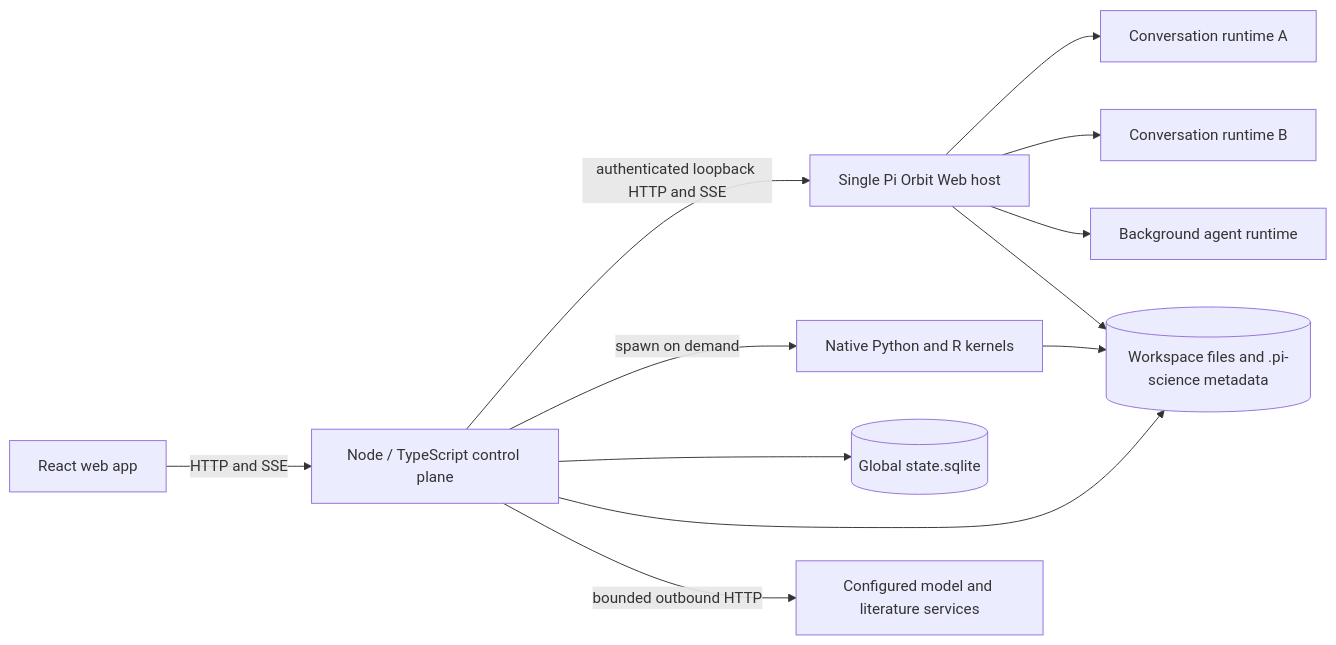
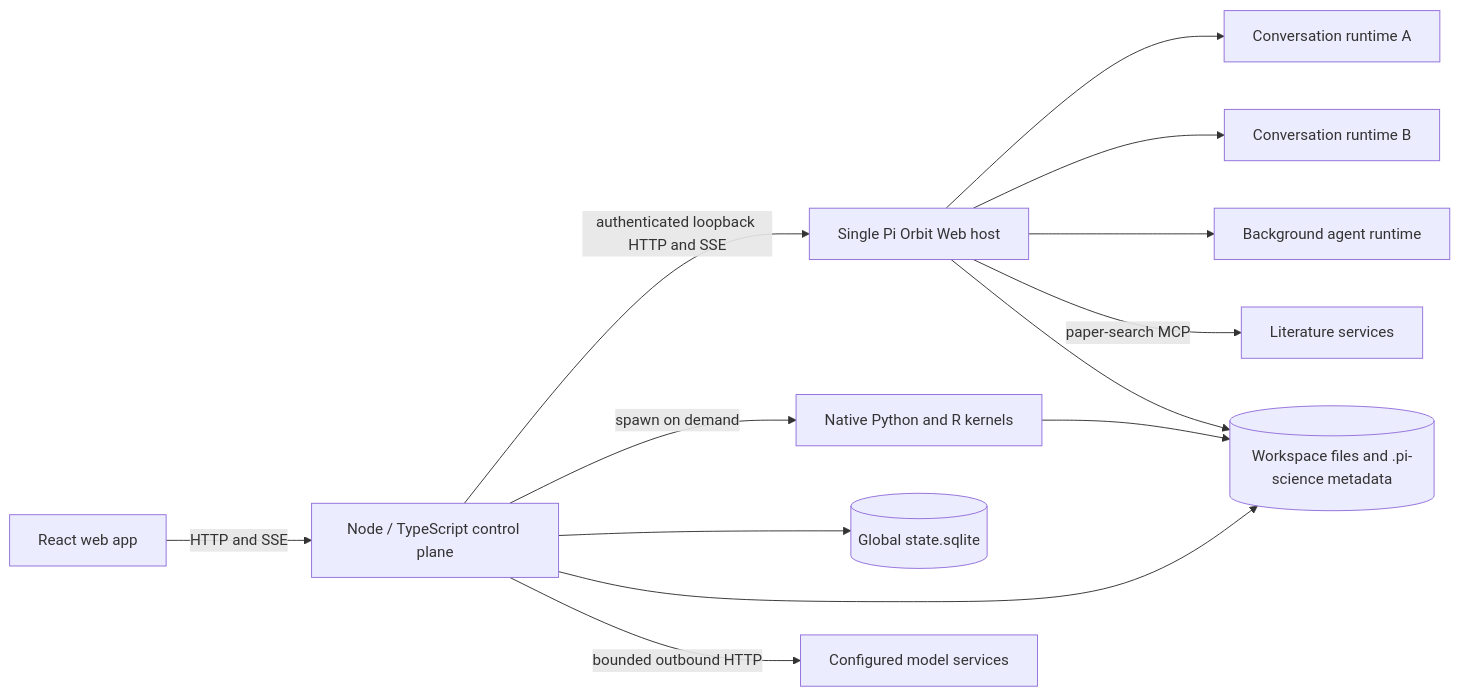
One commit to Garhorne0813/pi-science changed the first of 3 diagrams in docs/architecture.md. Above: the diagram before and after it, drawn with Mermaid. The commit also changed other lines of this file and 34 other files, not shown here.

Commit message:
refactor: use MCP for literature research

````diff
--- a/docs/architecture.md
+++ b/docs/architecture.md
@@ -11,14 +11,15 @@
 ```mermaid
 flowchart LR
     UI[React web app] -->|HTTP and SSE| CP[Node / TypeScript control plane]
     CP -->|authenticated loopback HTTP and SSE| PH[Single Pi Orbit Web host]
     PH --> R1[Conversation runtime A]
     PH --> R2[Conversation runtime B]
     PH --> RN[Background agent runtime]
     CP -->|spawn on demand| K[Native Python and R kernels]
     CP --> DB[(Global state.sqlite)]
     CP --> WS[(Workspace files and .pi-science metadata)]
-    CP -->|bounded outbound HTTP| EXT[Configured model and literature services]
+    CP -->|bounded outbound HTTP| EXT[Configured model services]
+    PH -->|paper-search MCP| LIT[Literature services]
     PH --> WS
     K --> WS
 ```
````
